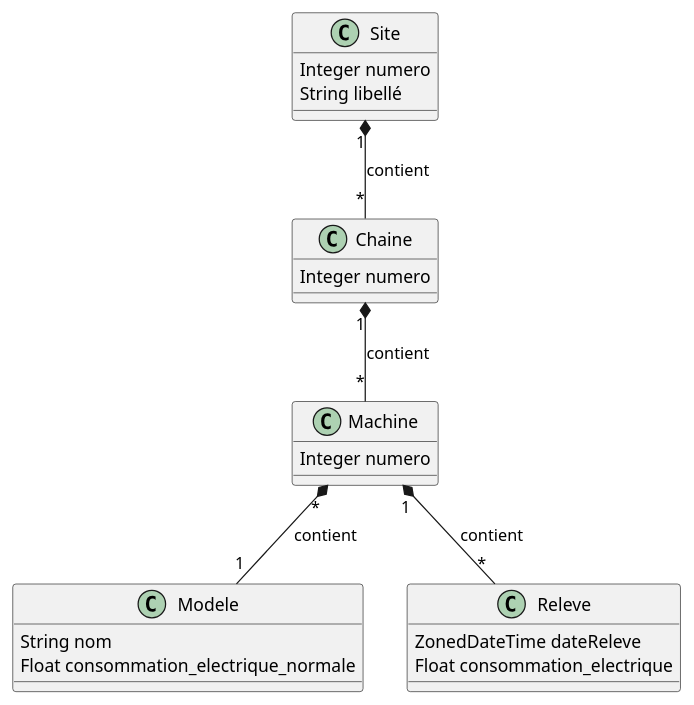
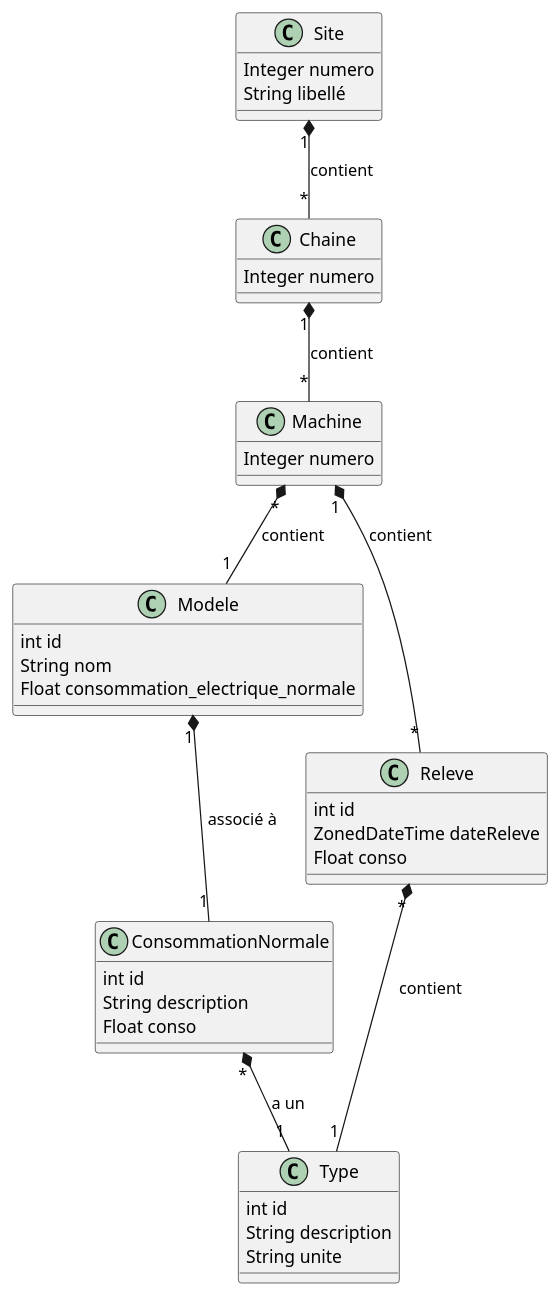
One commit to AlexGit2019/WorkshopI2 changed the diagram in schemas/diagramme_classes.wsd. Above: the diagram before and after it, drawn with PlantUML.

Commit message:
Diagramme final

```diff
--- a/schemas/diagramme_classes.wsd
+++ b/schemas/diagramme_classes.wsd
@@ -1,24 +1,40 @@
 @startuml
 class Site {
- Integer numero
- String libellé
+  Integer numero
+  String libellé
 }
 class Chaine {
   Integer numero
 }
 class Machine {
   Integer numero
 }
 class Modele {
-    String nom
-    Float consommation_electrique_normale
+  int id
+  String nom
+  Float consommation_electrique_normale
 }
 class Releve {
- ZonedDateTime dateReleve
- Float consommation_electrique
+  int id
+  ZonedDateTime dateReleve
+  Float conso
 }
+class ConsommationNormale {
+  int id
+  String description
+  Float conso
+}
+class Type {
+  int id
+  String description
+  String unite
+}
+
 Site "1" *-- "*" Chaine : contient
 Chaine "1" *-- "*" Machine: contient
 Machine "*" *-- "1" Modele: contient
 Machine "1" *-- "*" Releve: contient
+Releve "*" *-- "1" Type: contient
+ConsommationNormale "*" *-- "1" Type: a un
+Modele "1" *-- "1" ConsommationNormale: associé à
 @enduml
```
